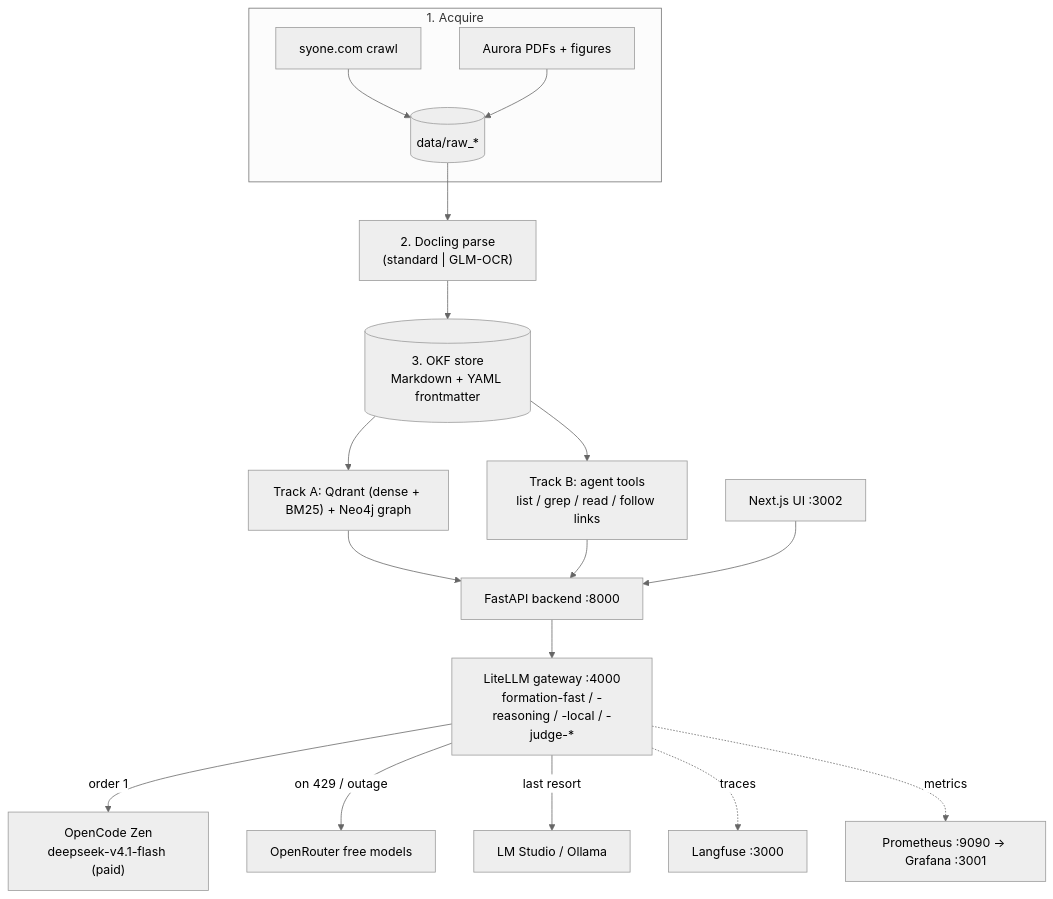
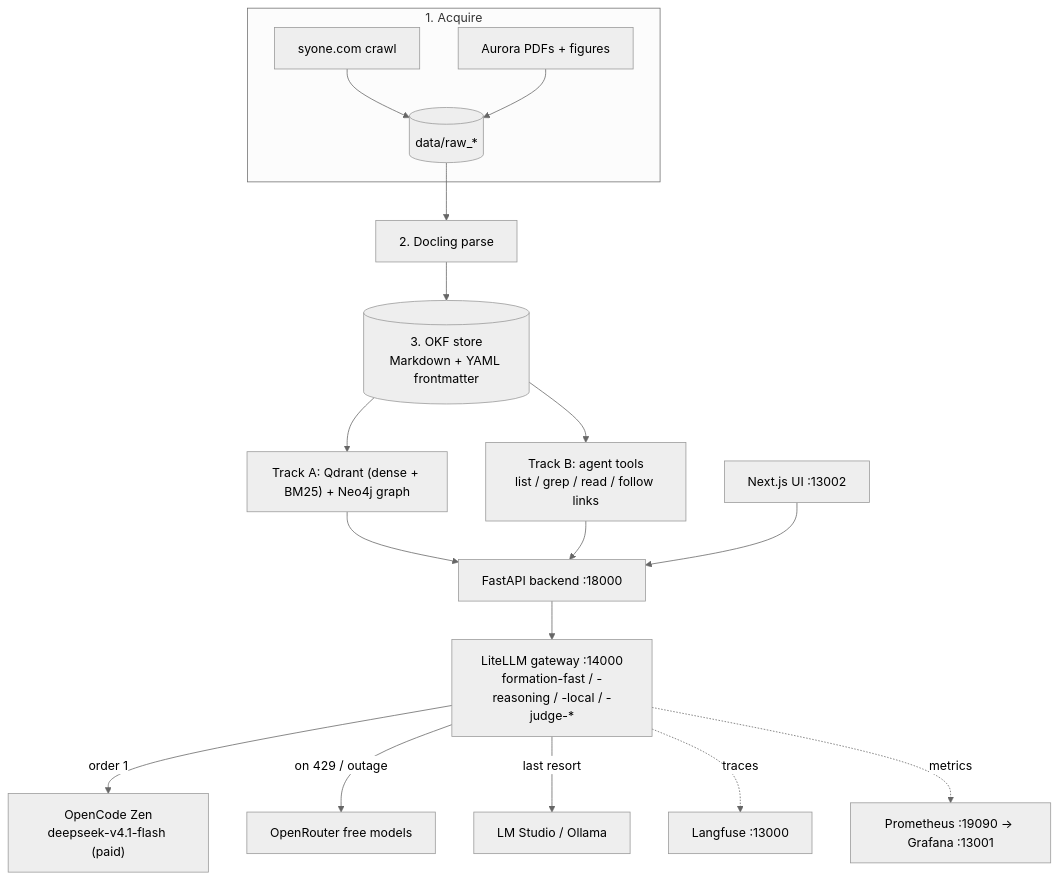
One commit to pfcouto/Enterprise_GenAI_Formation changed the diagram in docs/diagrams/readme_1.mmd. Above: the diagram before and after it, drawn with Mermaid (neutral theme). The commit also changed 19 other files, not shown here.

First line of the commit message:
Remove GLM-OCR, add gateway guardrails, pin Docling

```diff
--- a/docs/diagrams/readme_1.mmd
+++ b/docs/diagrams/readme_1.mmd
@@ -1,18 +1,18 @@
 flowchart TD
     subgraph Acquire["1. Acquire"]
         WEB["syone.com crawl"] --> RAW[("data/raw_*")]
         PDF["Aurora PDFs + figures"] --> RAW
     end
-    RAW --> DOC["2. Docling parse<br/>(standard | GLM-OCR)"]
+    RAW --> DOC["2. Docling parse"]
     DOC --> OKF[("3. OKF store<br/>Markdown + YAML frontmatter")]
     OKF --> A["Track A: Qdrant (dense + BM25) + Neo4j graph"]
     OKF --> B["Track B: agent tools<br/>list / grep / read / follow links"]
-    A --> API["FastAPI backend :8000"]
+    A --> API["FastAPI backend :18000"]
     B --> API
-    UI["Next.js UI :3002"] --> API
-    API --> GW["LiteLLM gateway :4000<br/>formation-fast / -reasoning / -local / -judge-*"]
+    UI["Next.js UI :13002"] --> API
+    API --> GW["LiteLLM gateway :14000<br/>formation-fast / -reasoning / -local / -judge-*"]
     GW -->|"order 1"| ZEN["OpenCode Zen<br/>deepseek-v4.1-flash (paid)"]
     GW -->|"on 429 / outage"| OR["OpenRouter free models"]
     GW -->|"last resort"| LOCAL["LM Studio / Ollama"]
-    GW -.traces.-> LF["Langfuse :3000"]
-    GW -.metrics.-> PROM["Prometheus :9090 -> Grafana :3001"]
+    GW -.traces.-> LF["Langfuse :13000"]
+    GW -.metrics.-> PROM["Prometheus :19090 -> Grafana :13001"]
```
